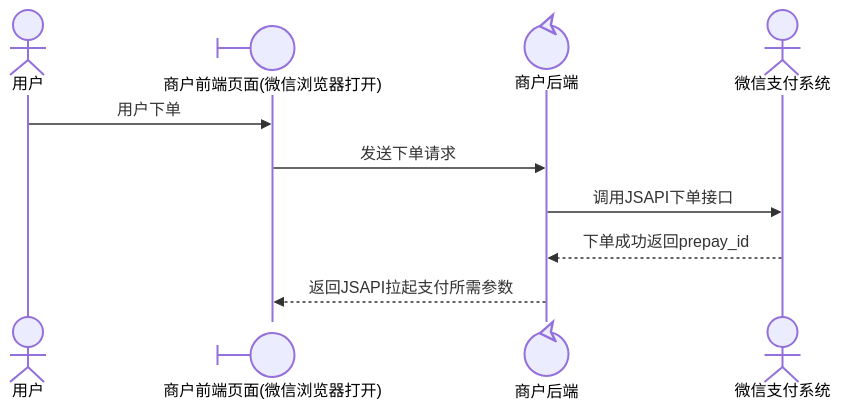
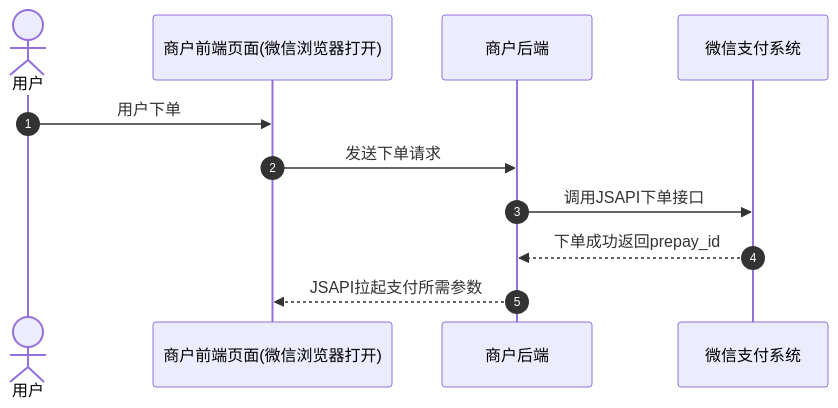
One commit to minibear2021/wechatpay_docs changed the first of 4 diagrams in docs/merchant/pages/4012791870.md. Above: the diagram before and after it, drawn with Mermaid. The commit also changed other lines of this file and 7 other files, not shown here.

````diff
--- a/docs/merchant/pages/4012791870.md
+++ b/docs/merchant/pages/4012791870.md
@@ -54,13 +54,13 @@
 ```mermaid
 sequenceDiagram
-    actor User as 用户
-    participant Mch@{ type: boundary } as 商户前端页面(微信浏览器打开)
-    participant Mch2@{ type: control } as 商户后端
-    participant WxPay@{ type: actor, xwattType: secondaryActor } as 微信支付系统
-
-	User->>Mch: 用户下单
-	Mch->>Mch2: 发送下单请求
-	Mch2->>WxPay: 调用JSAPI下单接口
-	WxPay-->>Mch2: 下单成功返回prepay_id
-	Mch2-->>Mch: 返回JSAPI拉起支付所需参数
+  autonumber
+  actor p0 as 用户
+  participant p1 as 商户前端页面(微信浏览器打开)
+  participant p2 as 商户后端
+  participant p3 as 微信支付系统
+  p0->>p1: 用户下单
+  p1->>p2: 发送下单请求
+  p2->>p3: 调用JSAPI下单接口
+  p3-->>p2: 下单成功返回prepay_id
+  p2-->>p1: JSAPI拉起支付所需参数
 ```
````
